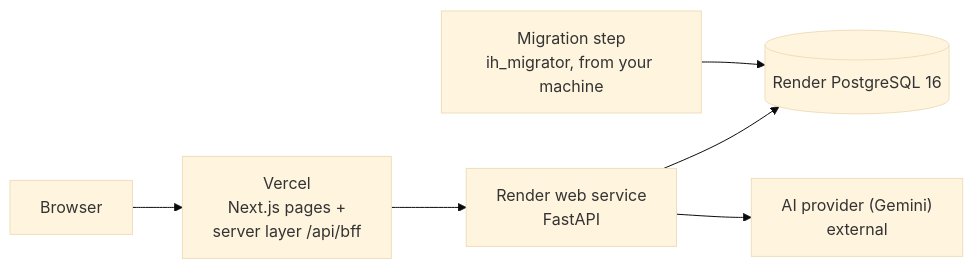
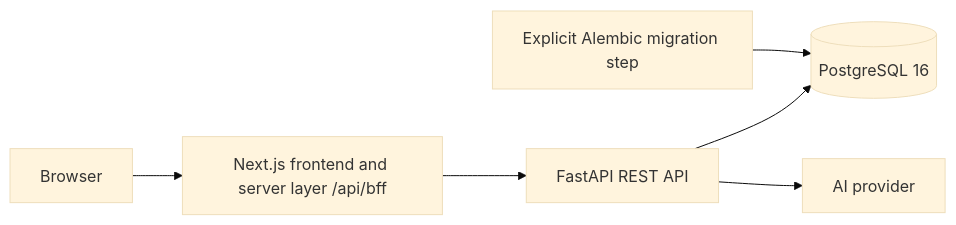
The diagram in README.md (Aime-Serge/innovation-hacks-task4-platform), drawn with Mermaid (base theme) before and after one commit. The commit also changed other lines of this file and 188 other files, not shown here.

````diff
--- a/README.md
+++ b/README.md
@@ -33,8 +118,8 @@
 ```mermaid
 flowchart LR
-  B["Browser"] --> V["Vercel<br/>Next.js pages +<br/>server layer /api/bff"]
-  V --> A["Render web service<br/>FastAPI"]
-  A --> D[("Render PostgreSQL 16")]
-  A --> L["AI provider (Gemini)<br/>external"]
-  M["Migration step<br/>ih_migrator, from your machine"] --> D
+  B[Browser] --> V[Next.js frontend and server layer /api/bff]
+  V --> A[FastAPI REST API]
+  A --> D[(PostgreSQL 16)]
+  A --> L[AI provider]
+  M[Explicit Alembic migration step] --> D
 ```
````
